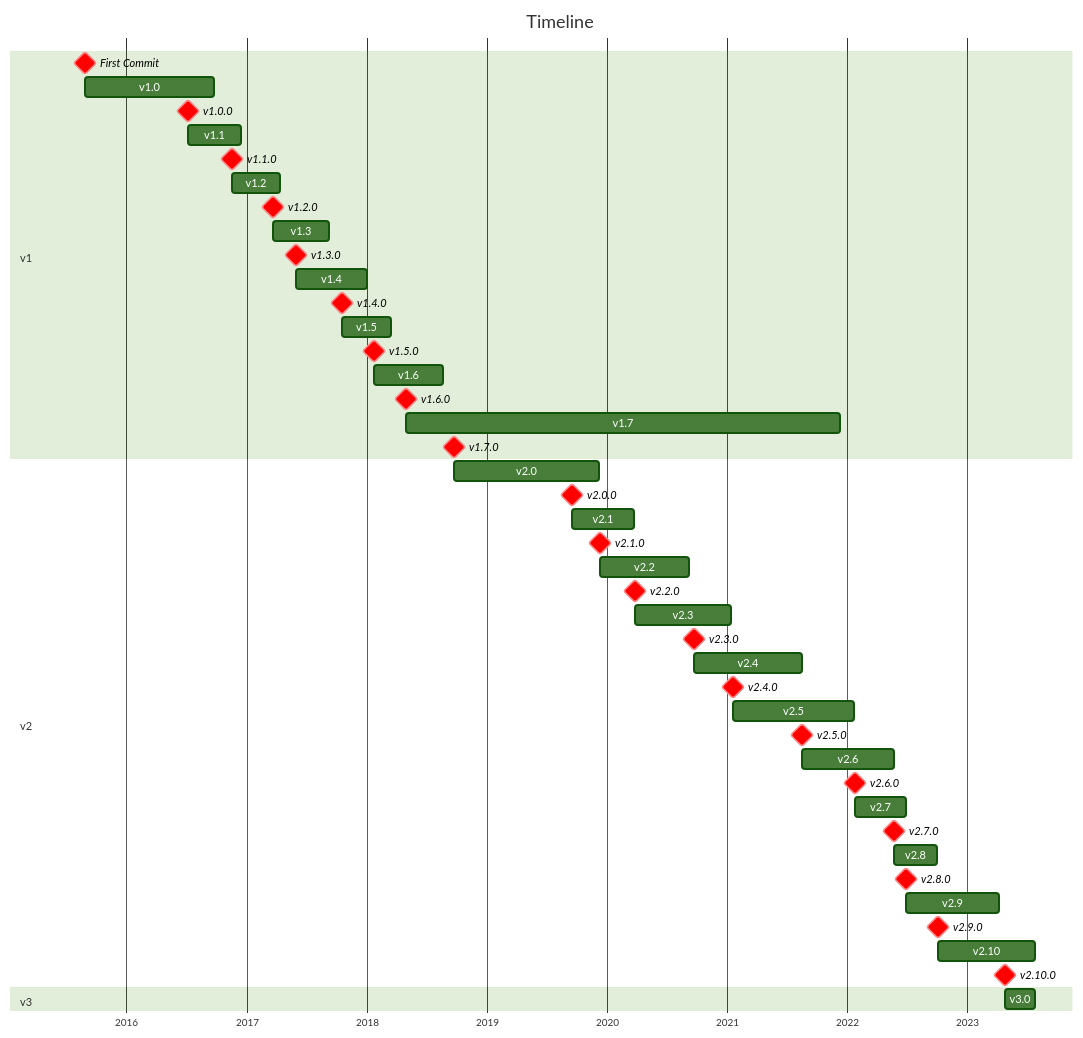
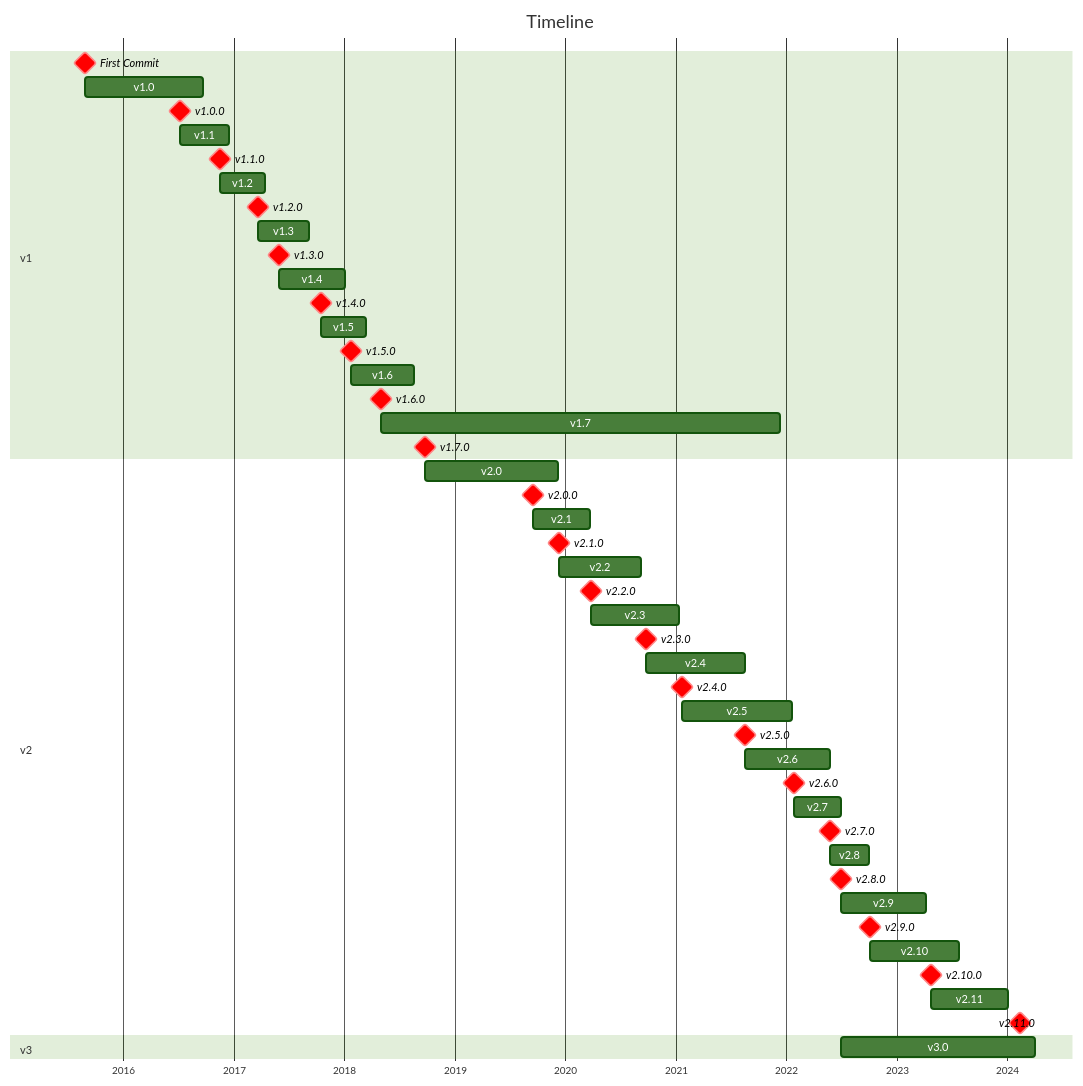
The first of 22 diagrams in readme.md (traefik-contrib/traefik-history), drawn with Mermaid (forest theme) before and after one commit.

Commit message:
feat: update versions

````diff
--- a/readme.md
+++ b/readme.md
@@ -17,53 +17,55 @@
 ```mermaid
 gantt
     title Timeline
     todayMarker off
     tickInterval 1year
     axisFormat %Y
     dateFormat YYYY-MM-DD HH:mm:ss
     section v1
         First Commit: crit, milestone, m1, 2015-08-28 18:09:22, 0d
         v1.0: after m1, 2016-09-22 15:00:43
         v1.0.0: crit, milestone, v10, 2016-07-06 01:09:33, 0d
         v1.1: after v10, 2016-12-15 11:13:30
         v1.1.0: crit, milestone, v11, 2016-11-17 22:41:11, 0d
         v1.2: after v11, 2017-04-13 21:09:40
         v1.2.0: crit, milestone, v12, 2017-03-21 10:37:24, 0d
         v1.3: after v12, 2017-09-07 22:04:03
         v1.3.0: crit, milestone, v13, 2017-05-31 10:11:16, 0d
         v1.4: after v13, 2018-01-02 12:54:03
         v1.4.0: crit, milestone, v14, 2017-10-16 18:42:03, 0d
         v1.5: after v14, 2018-03-15 14:26:03
         v1.5.0: crit, milestone, v15, 2018-01-23 17:34:04, 0d
         v1.6: after v15, 2018-08-20 14:46:02
         v1.6.0: crit, milestone, v16, 2018-04-30 23:20:05, 0d
         v1.7: after v16, 2021-12-10 17:54:05
         v1.7.0: crit, milestone, v17, 2018-09-24 11:44:03, 0d
 
     section v2
         v2.0: after v17, 2019-12-09 18:34:04
         v2.0.0: crit, milestone, v20, 2019-09-16 18:28:04, 0d
         v2.1: after v20, 2020-03-23 17:40:04
         v2.1.0: crit, milestone, v21, 2019-12-11 18:40:04, 0d
         v2.2: after v21, 2020-09-07 16:00:03
         v2.2.0: crit, milestone, v22, 2020-03-25 17:46:04, 0d
         v2.3: after v22, 2021-01-11 18:48:03
         v2.3.0: crit, milestone, v23, 2020-09-23 12:44:04, 0d
         v2.4: after v23, 2021-08-16 17:26:14
         v2.4.0: crit, milestone, v24, 2021-01-19 16:50:04, 0d
         v2.5: after v24, 2022-01-20 17:08:07
         v2.5.0: crit, milestone, v25, 2021-08-17 18:04:05, 0d
         v2.6: after v25, 2022-05-24 16:14:08
         v2.6.0: crit, milestone, v26, 2022-01-24 17:58:04, 0d
         v2.7: after v26, 2022-06-29 15:44:08
         v2.7.0: crit, milestone, v27, 2022-05-24 18:58:08, 0d
         v2.8: after v27, 2022-09-30 12:03:03
         v2.8.0: crit, milestone, v28, 2022-06-29 17:38:37, 0d
         v2.9: after v28, 2023-04-06 18:10:03
         v2.9.0: crit, milestone, v29, 2022-10-03 16:17:58, 0d
         v2.10: after v29, 2023-07-24 16:44:05
         v2.10.0: crit, milestone, v210, 2023-04-24 15:38:05, 0d
+        v2.11: after v210, 2024-01-03 11:12:05
+        v2.11.0: crit, milestone, v211, 2024-02-12 16:14:04, 0d
 
     section v3
-        v3.0: after v210, 2023-07-26 00:00:00
+        v3.0: after v28, 2024-04-01 00:00:00
 ```
````
